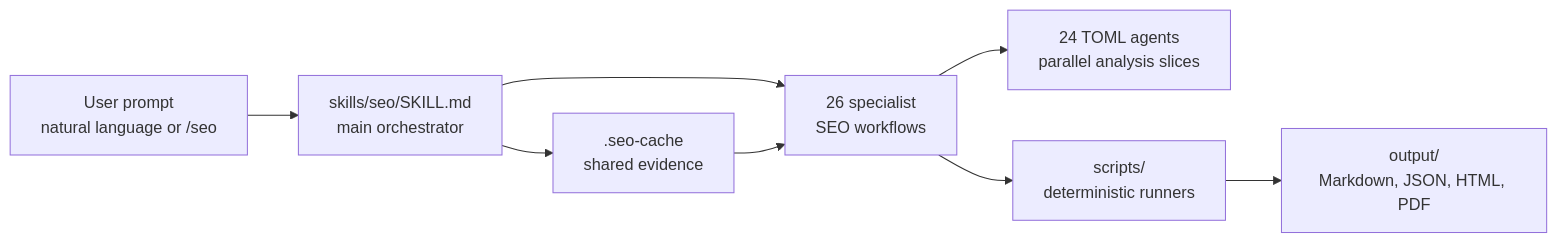
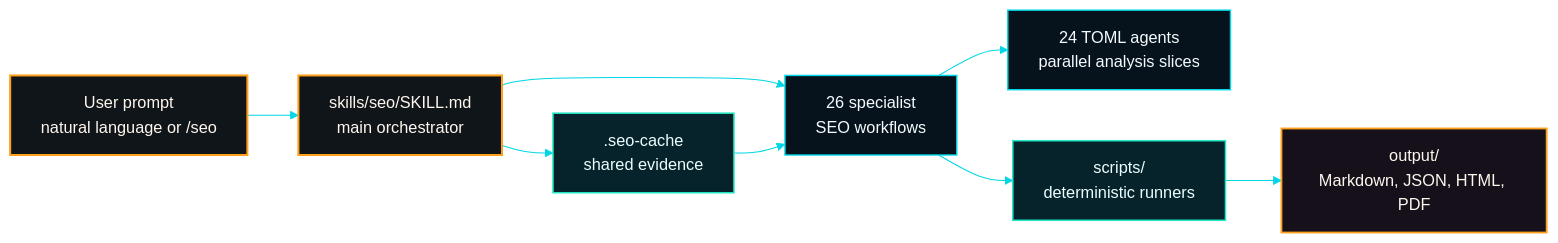
Before and after one commit to AgriciDaniel/codex-seo: the first of 6 diagrams in README.md, drawn with Mermaid. The commit also changed other lines of this file, not shown here.

Commit message:
Style README diagrams with cover palette

````diff
--- a/README.md
+++ b/README.md
@@ -134,10 +134,18 @@
 ```mermaid
+%%{init: {"theme":"base","themeVariables":{"background":"#05080d","primaryColor":"#07131c","primaryTextColor":"#f5fbff","primaryBorderColor":"#00d7e6","lineColor":"#00d7e6","secondaryColor":"#06222a","tertiaryColor":"#ff9f1c","edgeLabelBackground":"#05080d","fontFamily":"Inter, ui-sans-serif, system-ui, sans-serif"}}}%%
 flowchart LR
   user["User prompt<br/>natural language or /seo"] --> orchestrator["skills/seo/SKILL.md<br/>main orchestrator"]
   orchestrator --> cache[".seo-cache<br/>shared evidence"]
   orchestrator --> skills["26 specialist<br/>SEO workflows"]
   skills --> agents["24 TOML agents<br/>parallel analysis slices"]
   skills --> scripts["scripts/<br/>deterministic runners"]
   scripts --> output["output/<br/>Markdown, JSON, HTML, PDF"]
   cache --> skills
+  class user,orchestrator accent
+  class cache,scripts data
+  class output output
+  classDef default fill:#07131c,stroke:#00d7e6,color:#f5fbff,stroke-width:1.4px
+  classDef accent fill:#10151a,stroke:#ff9f1c,color:#fff7ed,stroke-width:2px
+  classDef data fill:#06222a,stroke:#21e6c1,color:#ecfeff,stroke-width:1.5px
+  classDef output fill:#15101a,stroke:#ff9f1c,color:#fff7ed,stroke-width:1.8px
 ```
````
